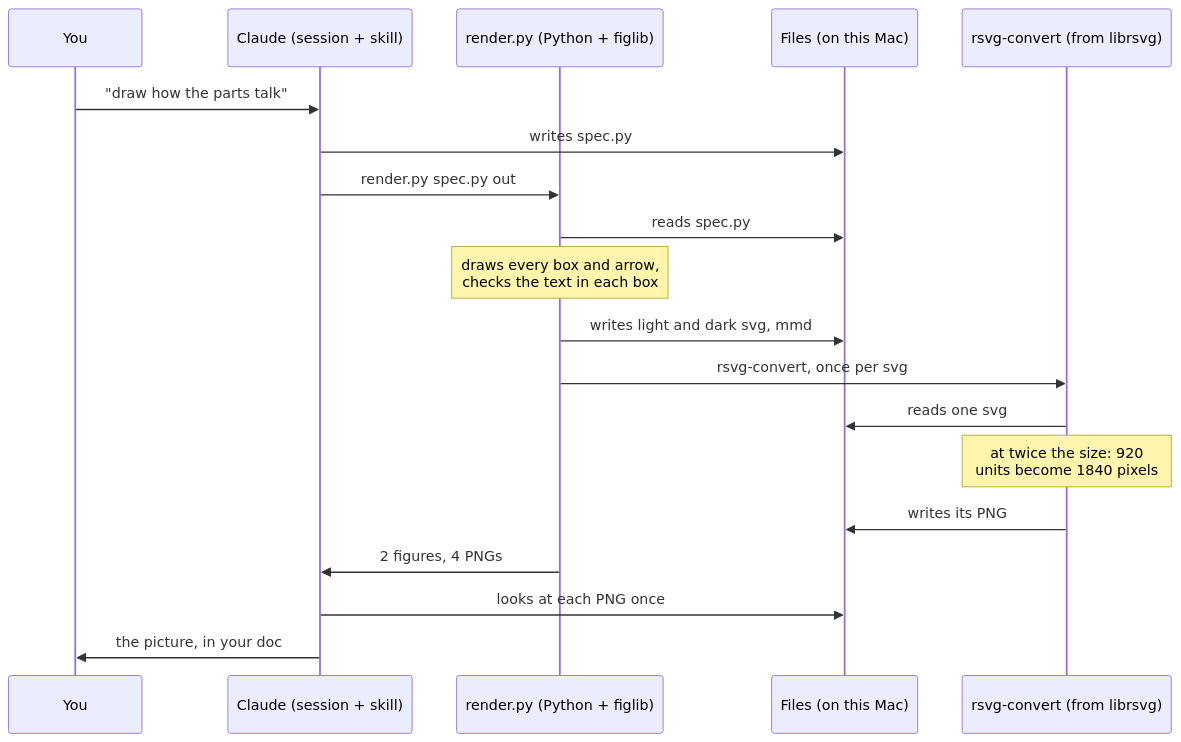
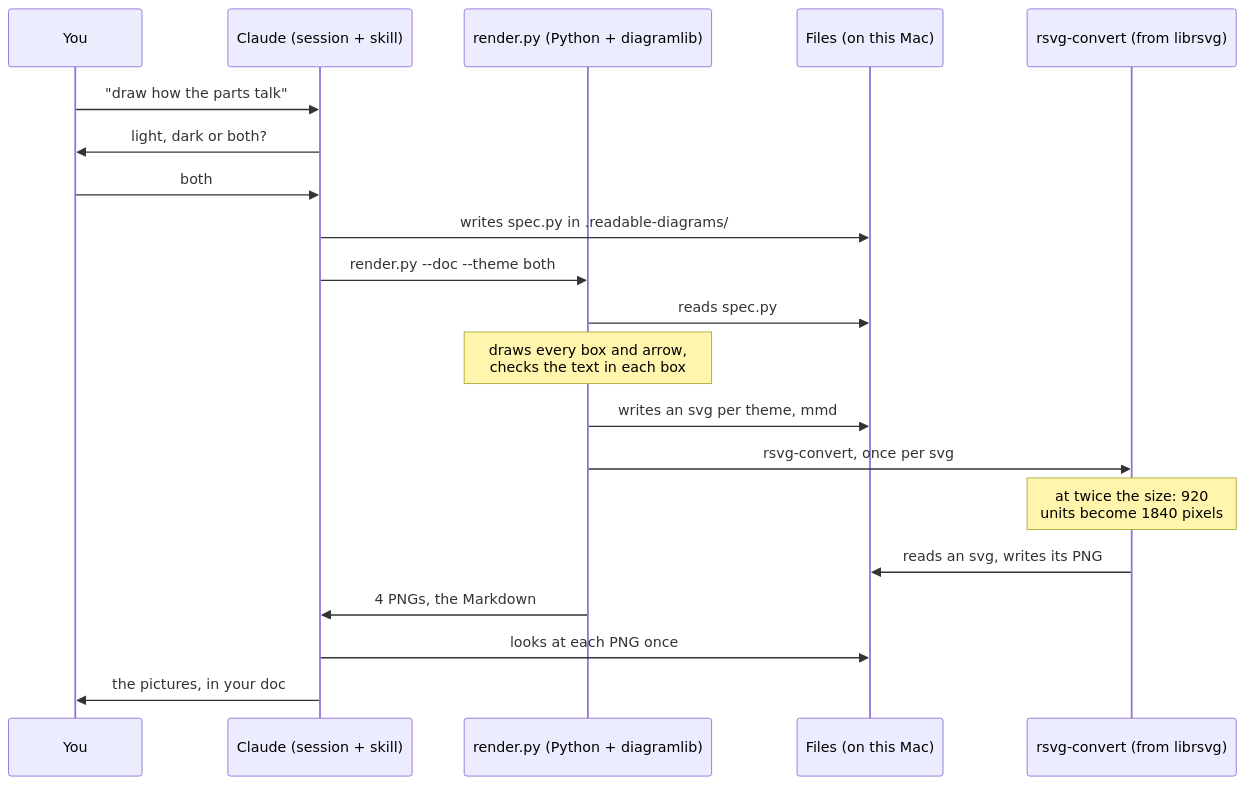
Before and after one commit to DanTanzer/dans-skills: the second of 2 diagrams in skills/readable-diagrams/HOW-IT-WORKS.md, drawn with Mermaid. The commit also changed other lines of this file and 28 other files, not shown here.

````diff
--- a/skills/readable-diagrams/HOW-IT-WORKS.md
+++ b/skills/readable-diagrams/HOW-IT-WORKS.md
@@ -68,21 +68,22 @@
 ```mermaid
 sequenceDiagram
   participant U as You
   participant C as Claude (session + skill)
-  participant R as render.py (Python + figlib)
+  participant R as render.py (Python + diagramlib)
   participant F as Files (on this Mac)
   participant X as rsvg-convert (from librsvg)
   U->>C: "draw how the parts talk"
-  C->>F: writes spec.py
-  C->>R: render.py spec.py out
+  C->>U: light, dark or both?
+  U->>C: both
+  C->>F: writes spec.py in .readable-diagrams/
+  C->>R: render.py --doc --theme both
   R->>F: reads spec.py
   Note over R: draws every box and arrow,<br/>checks the text in each box
-  R->>F: writes light and dark svg, mmd
+  R->>F: writes an svg per theme, mmd
   R->>X: rsvg-convert, once per svg
-  X->>F: reads one svg
   Note over X: at twice the size: 920<br/>units become 1840 pixels
-  X->>F: writes its PNG
-  R->>C: 2 figures, 4 PNGs
+  X->>F: reads an svg, writes its PNG
+  R->>C: 4 PNGs, the Markdown
   C->>F: looks at each PNG once
-  C->>U: the picture, in your doc
+  C->>U: the pictures, in your doc
 ```
````
